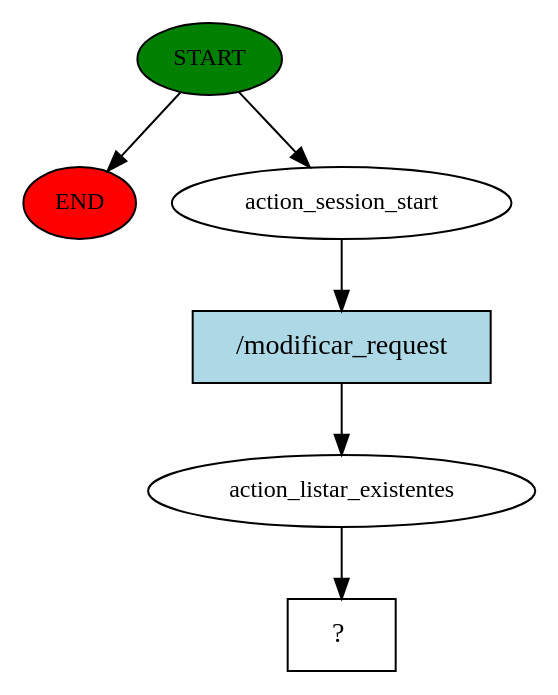
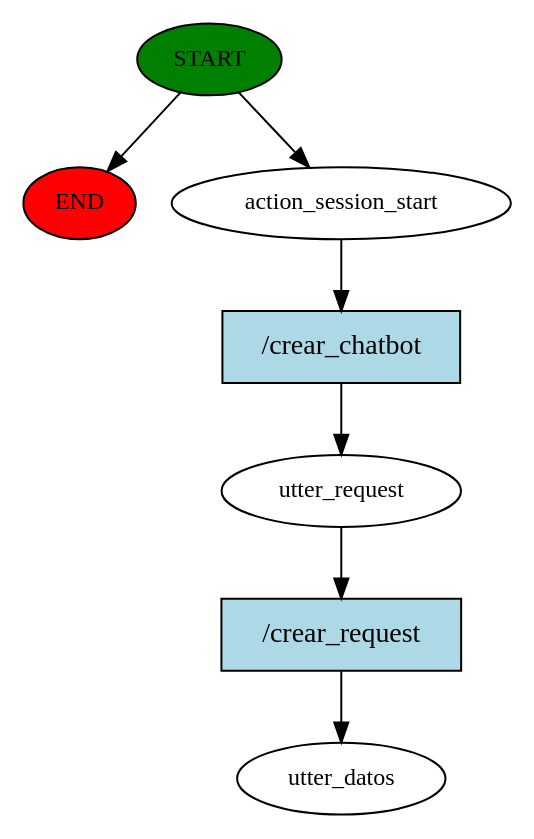
The diagram in story_graph.dot (Agustin-Zucchi/BotDisenio), drawn with Graphviz before and after one commit. The commit also changed 126 other files, not shown here.

```diff
--- a/story_graph.dot
+++ b/story_graph.dot
@@ -1,13 +1,15 @@
 digraph  {
 0 [class="start active", fillcolor=green, fontsize=12, label=START, style=filled];
 "-1" [class=end, fillcolor=red, fontsize=12, label=END, style=filled];
 1 [class=active, fontsize=12, label=action_session_start];
-2 [class=active, fontsize=12, label=action_listar_existentes];
-3 [class="intent dashed active", label="  ?  ", shape=rect];
-4 [class="intent active", fillcolor=lightblue, label="/modificar_request", shape=rect, style=filled];
+2 [class=active, fontsize=12, label=utter_request];
+3 [class="dashed active", fontsize=12, label=utter_datos];
+4 [class="intent active", fillcolor=lightblue, label="/crear_chatbot", shape=rect, style=filled];
+5 [class="intent active", fillcolor=lightblue, label="/crear_request", shape=rect, style=filled];
 0 -> "-1"  [class="", key=NONE, label=""];
 0 -> 1  [class=active, key=NONE, label=""];
 1 -> 4  [class=active, key=0];
-2 -> 3  [class=active, key=NONE, label=""];
+2 -> 5  [class=active, key=0];
 4 -> 2  [class=active, key=0];
+5 -> 3  [class=active, key=0];
 }
```
